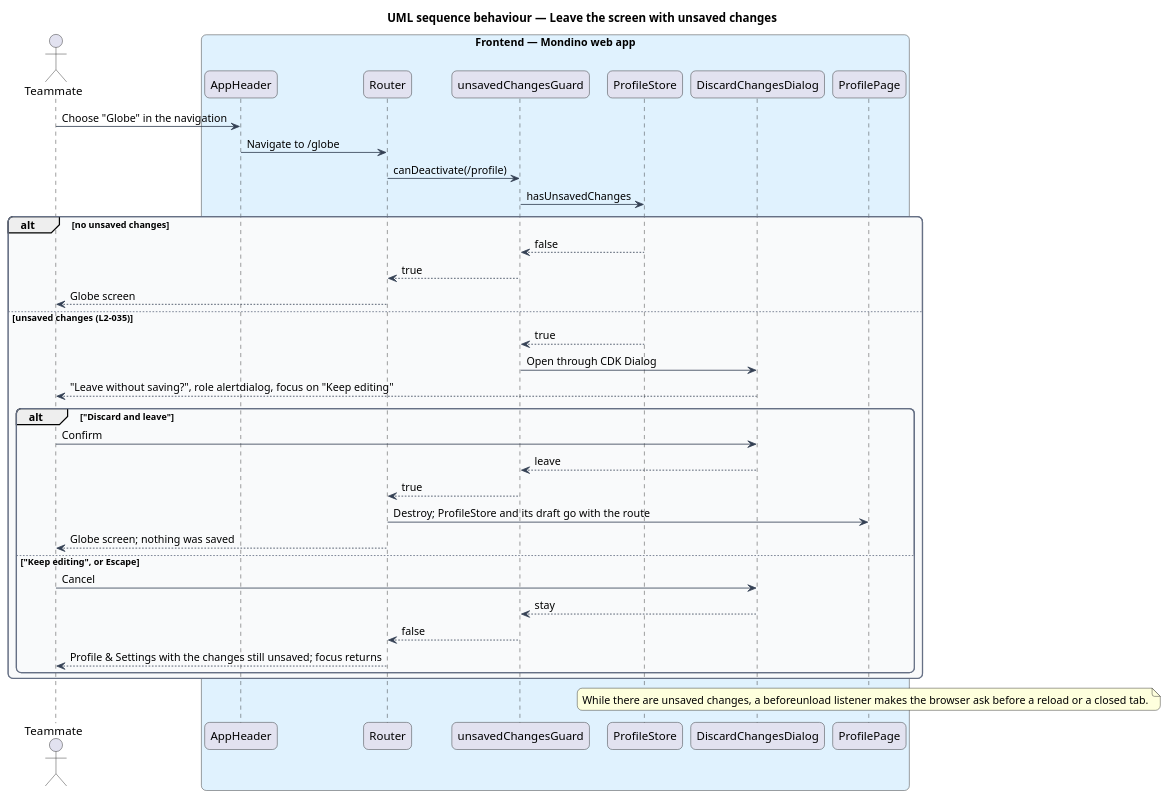
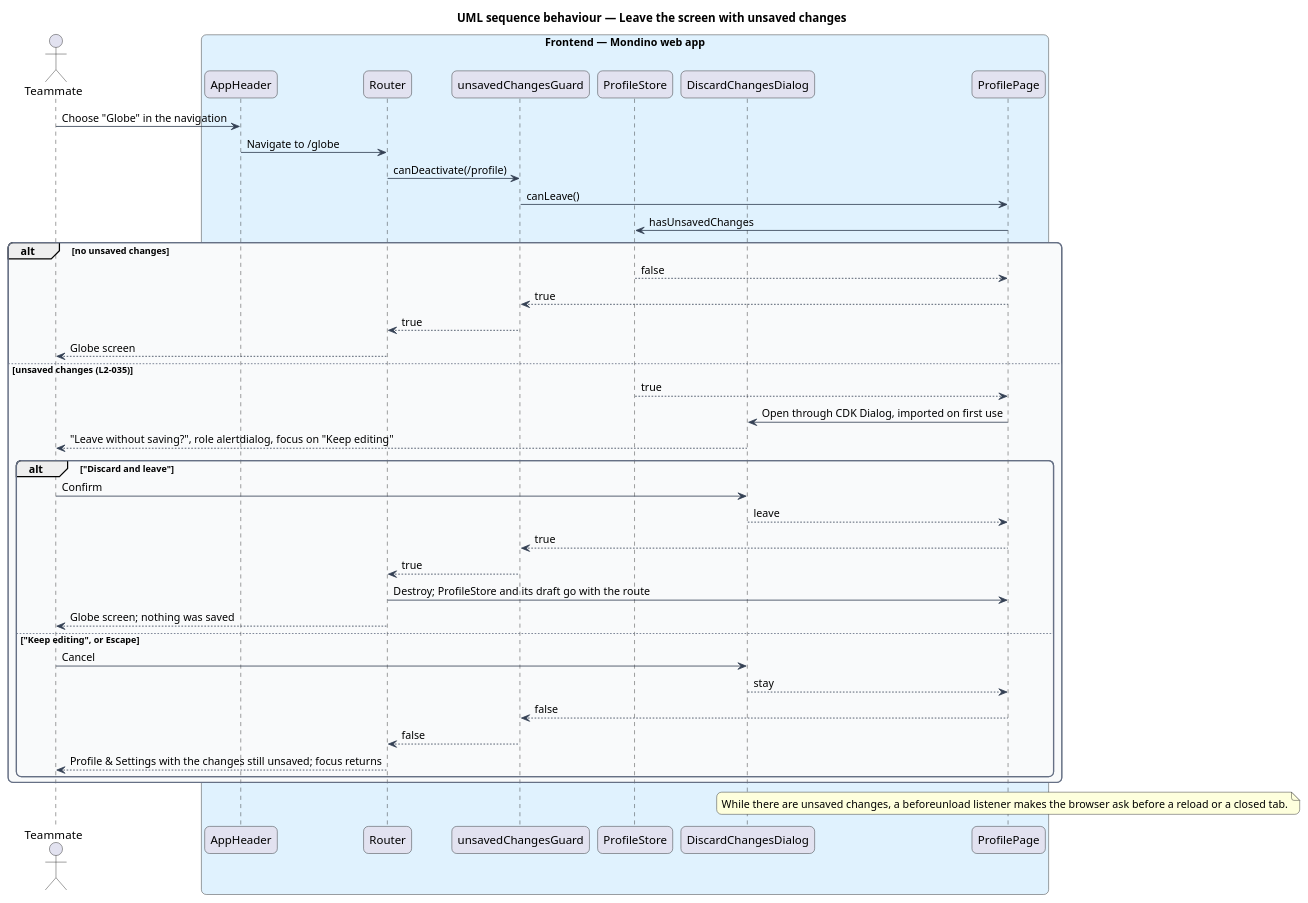
The diagram in docs/detailed-designs/profile/choose-display-and-sharing/diagrams/sequence-leave-with-unsaved-changes.puml (QuinntyneBrown/Mondino), drawn with PlantUML before and after one commit. The commit also changed 13 other files, not shown here.

```diff
--- a/docs/detailed-designs/profile/choose-display-and-sharing/diagrams/sequence-leave-with-unsaved-changes.puml
+++ b/docs/detailed-designs/profile/choose-display-and-sharing/diagrams/sequence-leave-with-unsaved-changes.puml
@@ -1,52 +1,56 @@
 @startuml
 title UML sequence behaviour — Leave the screen with unsaved changes
 skinparam backgroundColor #FFFFFF
 skinparam shadowing false
 skinparam roundcorner 12
 skinparam defaultFontName Arial
 skinparam ArrowColor #344054
 skinparam rectangle {
   BorderColor #344054
   FontColor #101828
 }
 skinparam package {
   BorderColor #667085
   FontColor #101828
   BackgroundColor #F9FAFB
 }
 actor "Teammate" as actor
 box "Frontend — Mondino web app" #E0F2FE
   participant "AppHeader" as shell
   participant "Router" as router
   participant "unsavedChangesGuard" as guard
   participant "ProfileStore" as store
   participant "DiscardChangesDialog" as dialog
   participant "ProfilePage" as page
 end box
 actor -> shell : Choose "Globe" in the navigation
 shell -> router : Navigate to /globe
 router -> guard : canDeactivate(/profile)
-guard -> store : hasUnsavedChanges
+guard -> page : canLeave()
+page -> store : hasUnsavedChanges
 alt no unsaved changes
-  store --> guard : false
+  store --> page : false
+  page --> guard : true
   guard --> router : true
   router --> actor : Globe screen
 else unsaved changes (L2-035)
-  store --> guard : true
-  guard -> dialog : Open through CDK Dialog
+  store --> page : true
+  page -> dialog : Open through CDK Dialog, imported on first use
   dialog --> actor : "Leave without saving?", role alertdialog, focus on "Keep editing"
   alt "Discard and leave"
     actor -> dialog : Confirm
-    dialog --> guard : leave
+    dialog --> page : leave
+    page --> guard : true
     guard --> router : true
     router -> page : Destroy; ProfileStore and its draft go with the route
     router --> actor : Globe screen; nothing was saved
   else "Keep editing", or Escape
     actor -> dialog : Cancel
-    dialog --> guard : stay
+    dialog --> page : stay
+    page --> guard : false
     guard --> router : false
     router --> actor : Profile & Settings with the changes still unsaved; focus returns
   end
 end
 note over page : While there are unsaved changes, a beforeunload listener makes the browser ask before a reload or a closed tab.
 @enduml
```
